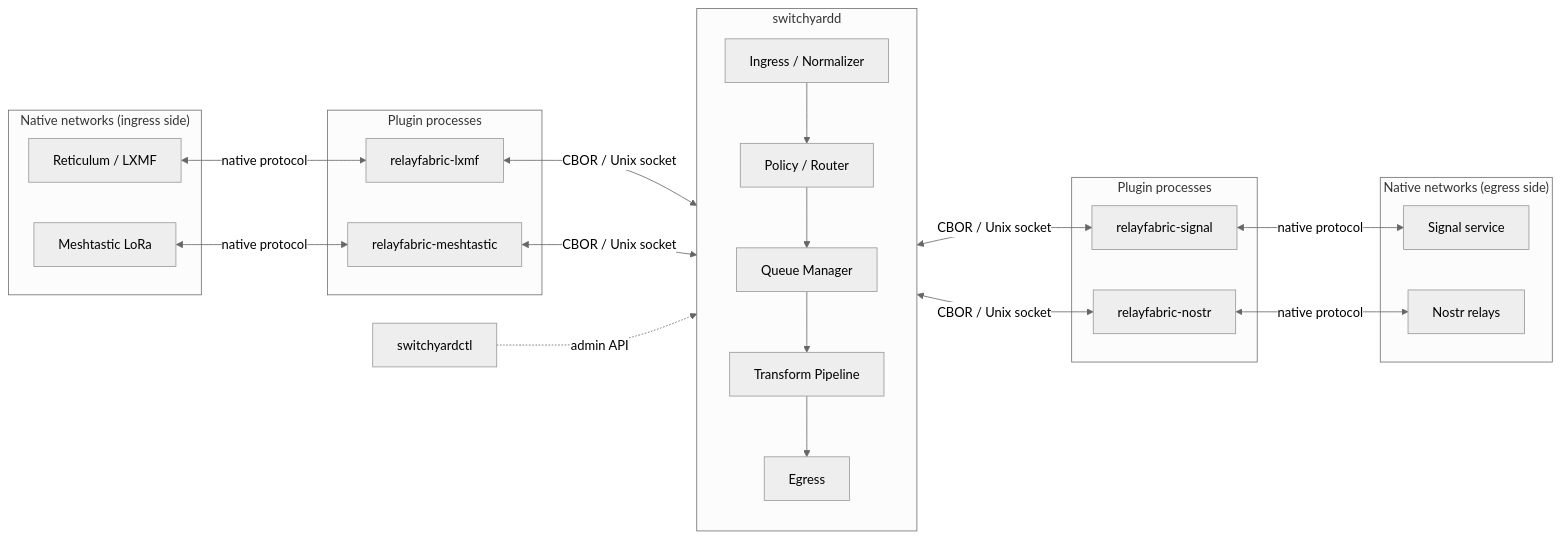
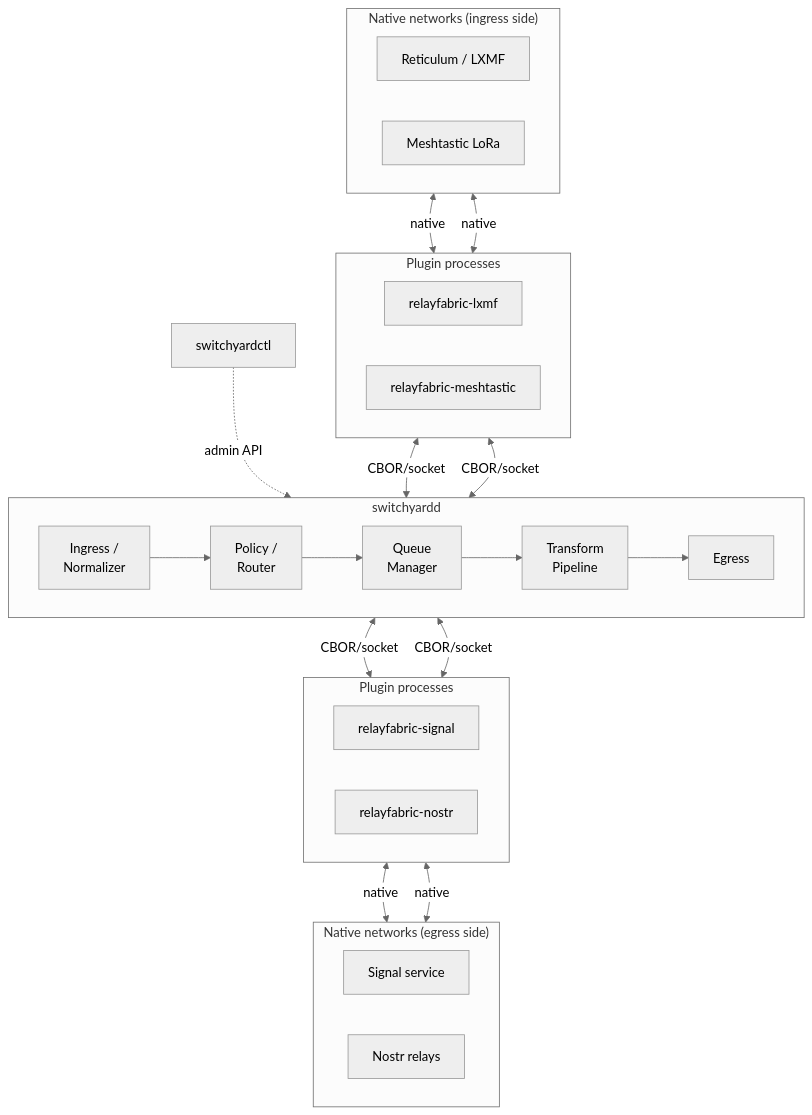
Before and after one commit to RelayFabric/RelayFabric: the diagram in docs/architecture.md, drawn with Mermaid (neutral theme). The commit also changed other lines of this file and 1 other file, not shown here.

Commit message:
docs: fix unreadable mermaid diagrams — LR to TB layout
The 'Runtime shape' flowchart in architecture.md rendered as an
unreadable horizontal strip in the page-width docs container (flowchart
LR with the full ingress->pipeline->egress chain). Reflow top-to-bottom
so the daemon pipeline reads as a legible vertical stage sequence and
each tier (native networks / plugins / daemon / plugins / networks)
stacks clearly. Same fix applied proactively to the homepage diagram in
index.md (the most-seen one, same LR-width tendency), and its label
switched from the unreliable \n to <br/>. Both rendered with mermaid-cli
to confirm valid syntax and readability. The small 3-node LR example in
SPEC.md is left as-is (LR is fine at that size).

````diff
--- a/docs/architecture.md
+++ b/docs/architecture.md
@@ -44,43 +48,42 @@
 ```mermaid
-flowchart LR
+flowchart TB
     subgraph NetA["Native networks (ingress side)"]
+        direction LR
         N1[Reticulum / LXMF]
         N2[Meshtastic LoRa]
     end
 
     subgraph Plugins1["Plugin processes"]
+        direction LR
         P1[relayfabric-lxmf]
         P2[relayfabric-meshtastic]
     end
 
     subgraph Daemon["switchyardd"]
-        direction TB
-        Ingress[Ingress / Normalizer]
-        Router[Policy / Router]
-        Queue[Queue Manager]
-        Transform[Transform Pipeline]
-        Egress[Egress]
-        Ingress --> Router --> Queue --> Transform --> Egress
+        direction LR
+        Ingress[Ingress /<br/>Normalizer] --> Router[Policy /<br/>Router] --> Queue[Queue<br/>Manager] --> Transform[Transform<br/>Pipeline] --> Egress[Egress]
     end
 
     subgraph Plugins2["Plugin processes"]
+        direction LR
         P3[relayfabric-signal]
         P4[relayfabric-nostr]
     end
 
     subgraph NetB["Native networks (egress side)"]
+        direction LR
         N3[Signal service]
         N4[Nostr relays]
     end
 
+    N1 <-->|native| P1
+    N2 <-->|native| P2
+    P1 <-->|CBOR/socket| Ingress
+    P2 <-->|CBOR/socket| Ingress
+    Egress <-->|CBOR/socket| P3
+    Egress <-->|CBOR/socket| P4
+    P3 <-->|native| N3
+    P4 <-->|native| N4
+
     CLI[switchyardctl] -. admin API .-> Daemon
-
-    N1 <-->|native protocol| P1
-    N2 <-->|native protocol| P2
-    P1 <-->|CBOR / Unix socket| Ingress
-    P2 <-->|CBOR / Unix socket| Ingress
-    Egress <-->|CBOR / Unix socket| P3
-    Egress <-->|CBOR / Unix socket| P4
-    P3 <-->|native protocol| N3
-    P4 <-->|native protocol| N4
 ```
````
